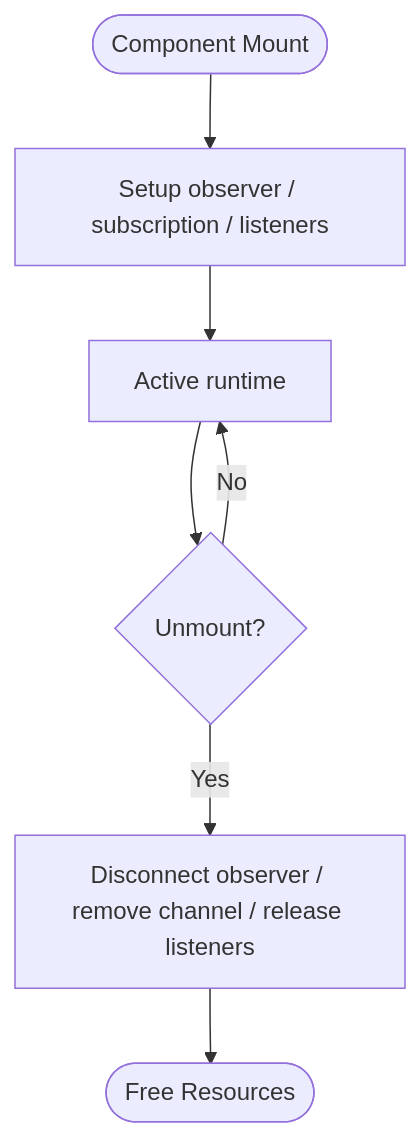
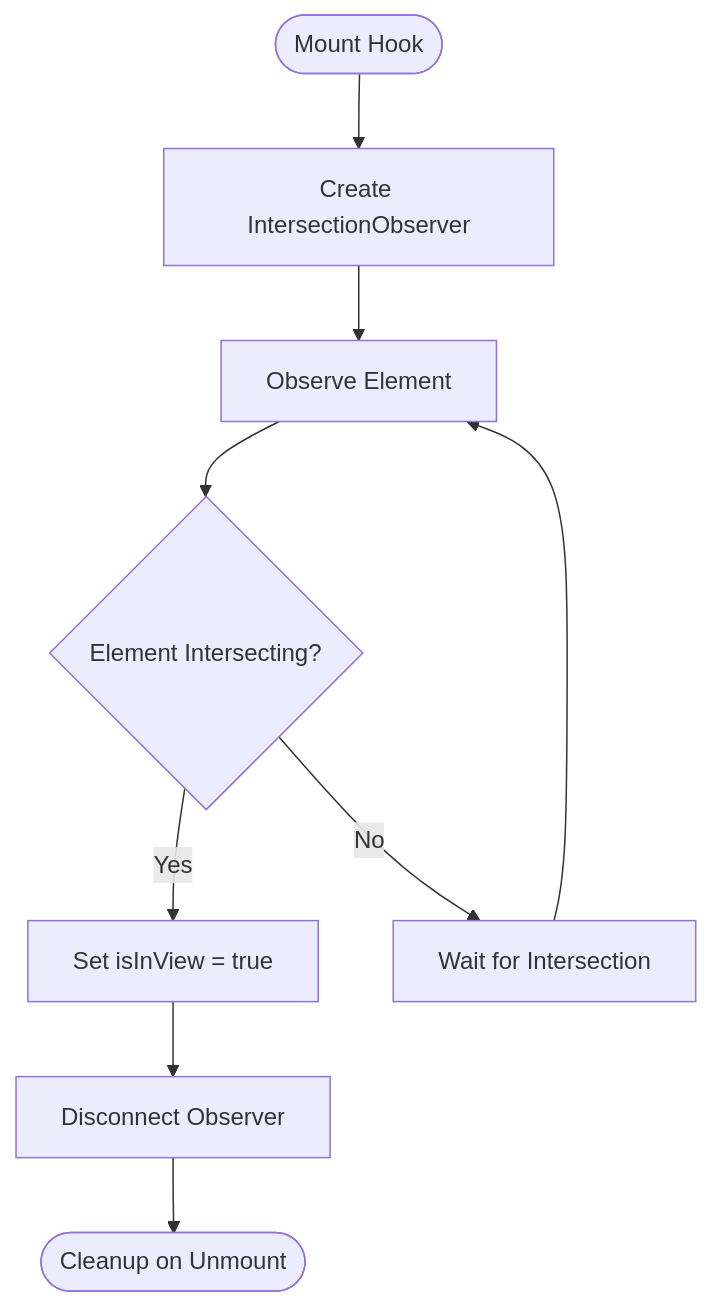
One commit to Meaetin/alibaba-hackathon changed the sixth of 7 diagrams in .qoder/repowiki/en/content/Performance Optimization.md. Above: the diagram before and after it, drawn with Mermaid. The commit also changed other lines of this file and 241 other files, not shown here.

````diff
--- a/.qoder/repowiki/en/content/Performance Optimization.md
+++ b/.qoder/repowiki/en/content/Performance Optimization.md
@@ -295,9 +214,11 @@
 ```mermaid
 flowchart TD
-Start(["Component Mount"]) --> Setup["Setup observer / subscription / listeners"]
-Setup --> Active["Active runtime"]
-Active --> Unmount{"Unmount?"}
-Unmount --> |Yes| Cleanup["Disconnect observer / remove channel / release listeners"]
-Unmount --> |No| Active
-Cleanup --> End(["Free Resources"])
+Start(["Mount Hook"]) --> CreateObs["Create IntersectionObserver"]
+CreateObs --> Observe["Observe Element"]
+Observe --> InView{"Element Intersecting?"}
+InView --> |Yes| SetState["Set isInView = true"]
+SetState --> Disconnect["Disconnect Observer"]
+InView --> |No| Wait["Wait for Intersection"]
+Disconnect --> End(["Cleanup on Unmount"])
+Wait --> Observe
 ```
````
